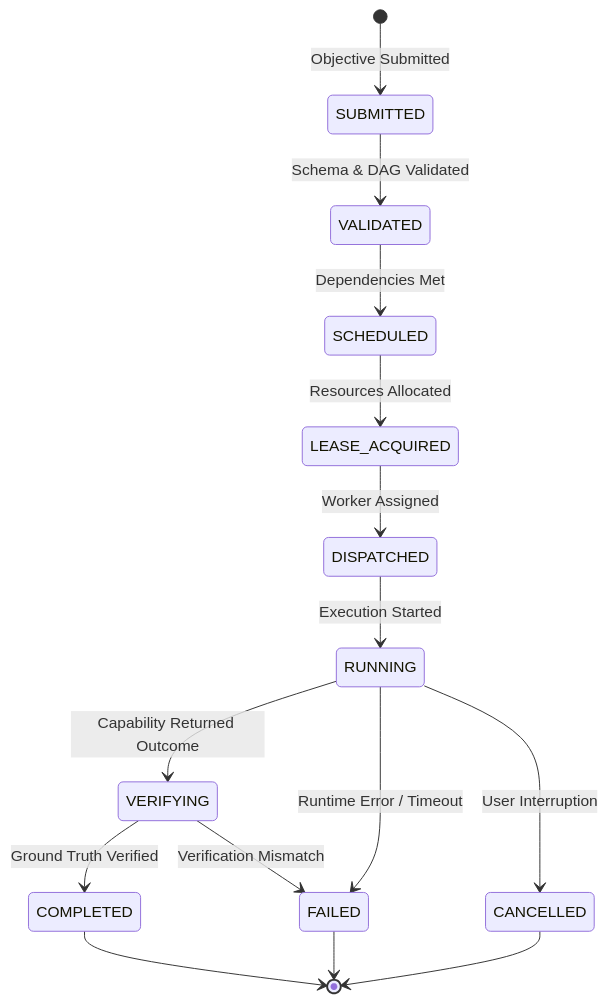
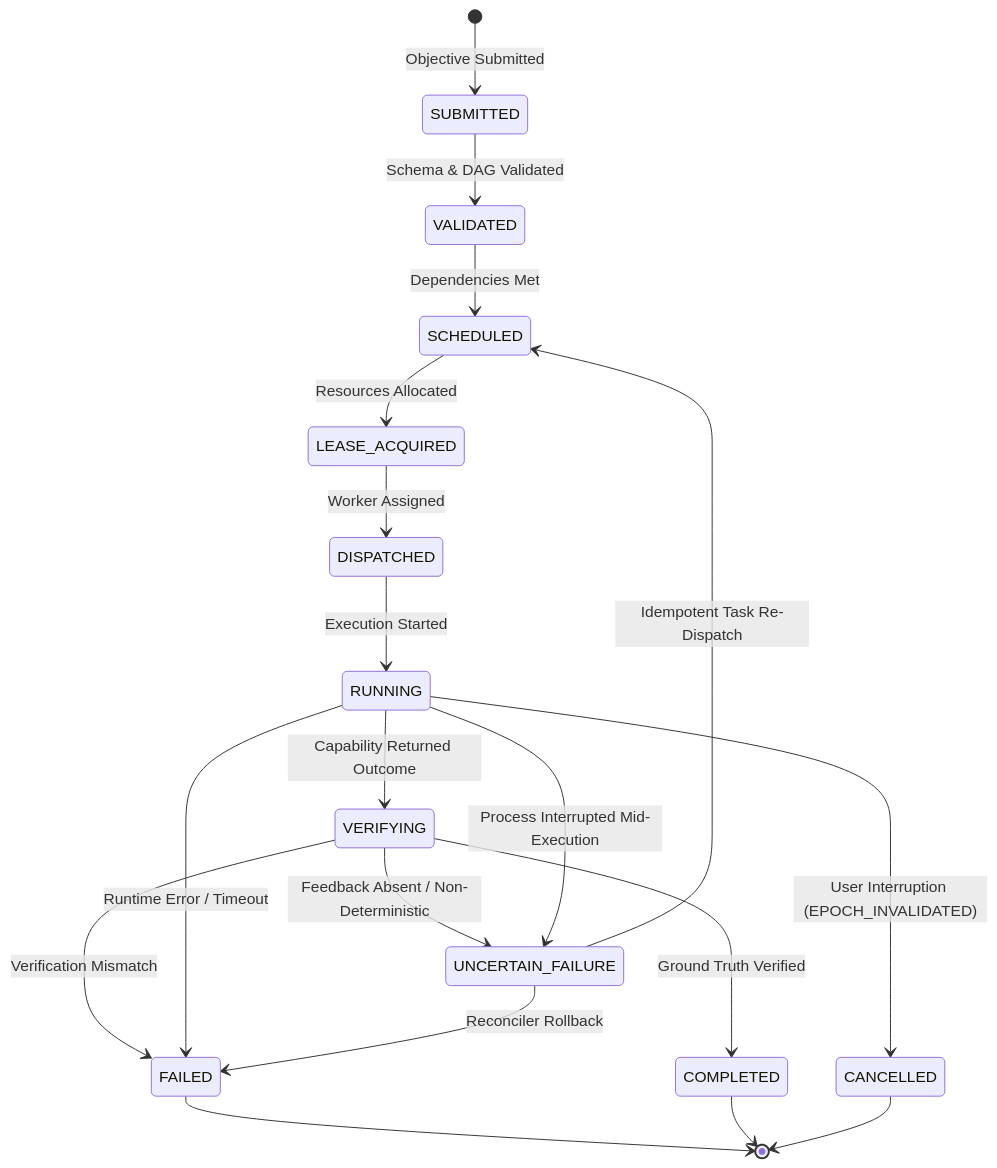
One commit to Imperialorg/Eonba changed the first of 4 diagrams in docs/EXECUTION_KERNEL_SPECIFICATION.md. Above: the diagram before and after it, drawn with Mermaid. The commit also changed other lines of this file and 24 other files, not shown here.

````diff
--- a/docs/EXECUTION_KERNEL_SPECIFICATION.md
+++ b/docs/EXECUTION_KERNEL_SPECIFICATION.md
@@ -97,17 +153,21 @@
 ```mermaid
 stateDiagram-v2
     [*] --> SUBMITTED: Objective Submitted
     SUBMITTED --> VALIDATED: Schema & DAG Validated
     VALIDATED --> SCHEDULED: Dependencies Met
     SCHEDULED --> LEASE_ACQUIRED: Resources Allocated
     LEASE_ACQUIRED --> DISPATCHED: Worker Assigned
     DISPATCHED --> RUNNING: Execution Started
     RUNNING --> VERIFYING: Capability Returned Outcome
     VERIFYING --> COMPLETED: Ground Truth Verified
+    VERIFYING --> UNCERTAIN_FAILURE: Feedback Absent / Non-Deterministic
     VERIFYING --> FAILED: Verification Mismatch
     RUNNING --> FAILED: Runtime Error / Timeout
-    RUNNING --> CANCELLED: User Interruption
+    RUNNING --> CANCELLED: User Interruption (EPOCH_INVALIDATED)
+    RUNNING --> UNCERTAIN_FAILURE: Process Interrupted Mid-Execution
+    UNCERTAIN_FAILURE --> FAILED: Reconciler Rollback
+    UNCERTAIN_FAILURE --> SCHEDULED: Idempotent Task Re-Dispatch
     FAILED --> [*]
     COMPLETED --> [*]
     CANCELLED --> [*]
 ```
````
